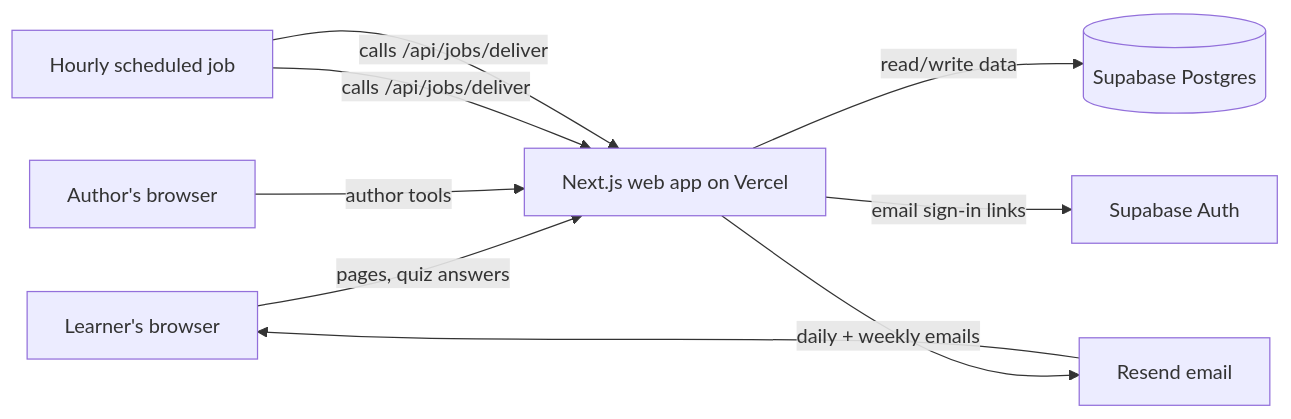
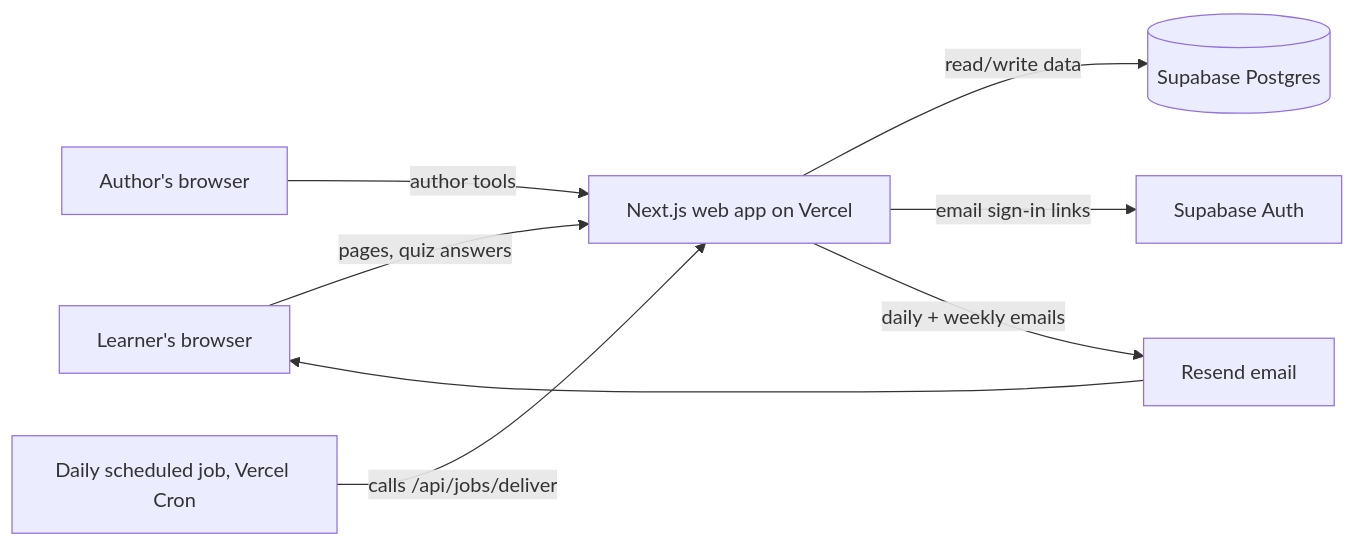
Before and after one commit to niclindb/Pisara: the first of 2 diagrams in docs/design.md, drawn with Mermaid. The commit also changed other lines of this file, not shown here.

First line of the commit message:
Fix design doc after merge: restore draft 2 header and daily job

````diff
--- a/docs/design.md
+++ b/docs/design.md
@@ -24,11 +24,10 @@
 ```mermaid
 flowchart LR
   L[Learner's browser] -->|pages, quiz answers| W[Next.js web app on Vercel]
   A[Author's browser] -->|author tools| W
   W -->|read/write data| DB[(Supabase Postgres)]
   W -->|email sign-in links| AU[Supabase Auth]
   C[Daily scheduled job, Vercel Cron] -->|calls /api/jobs/deliver| W
-  C[Hourly scheduled job] -->|calls /api/jobs/deliver| W
   W -->|daily + weekly emails| E[Resend email]
   E --> L
 ```
````
